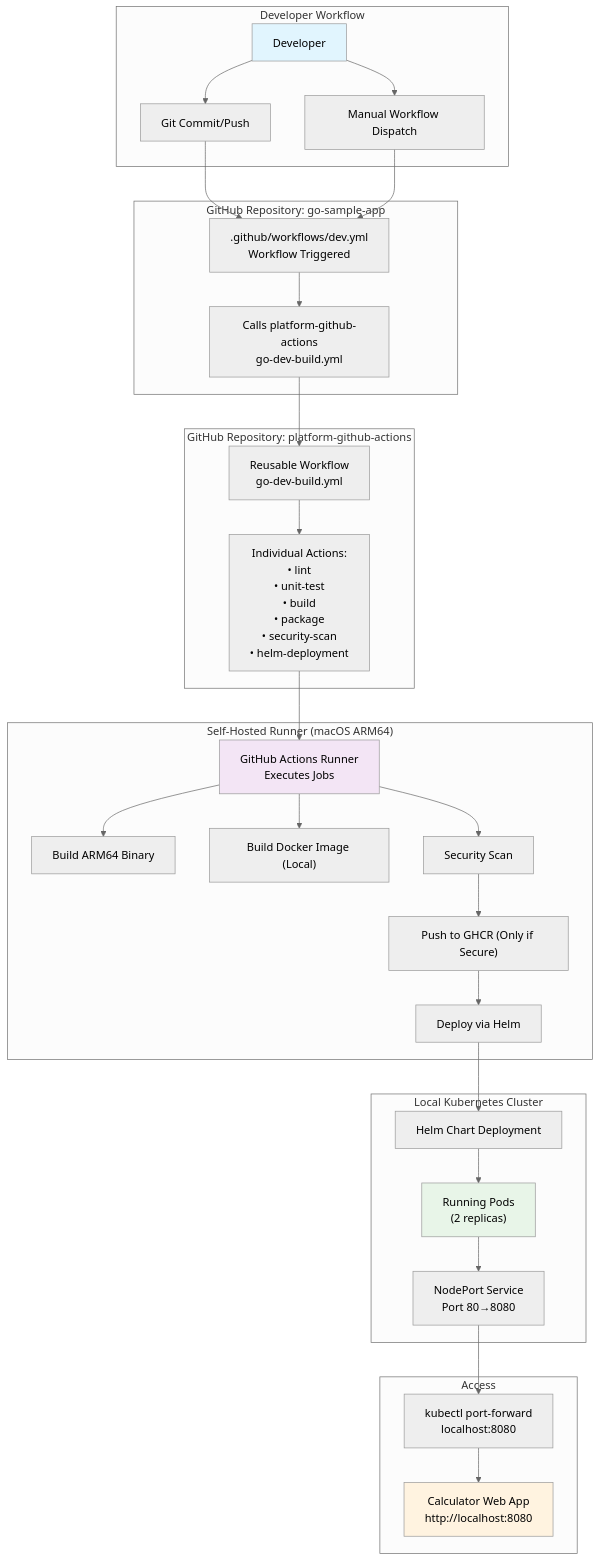
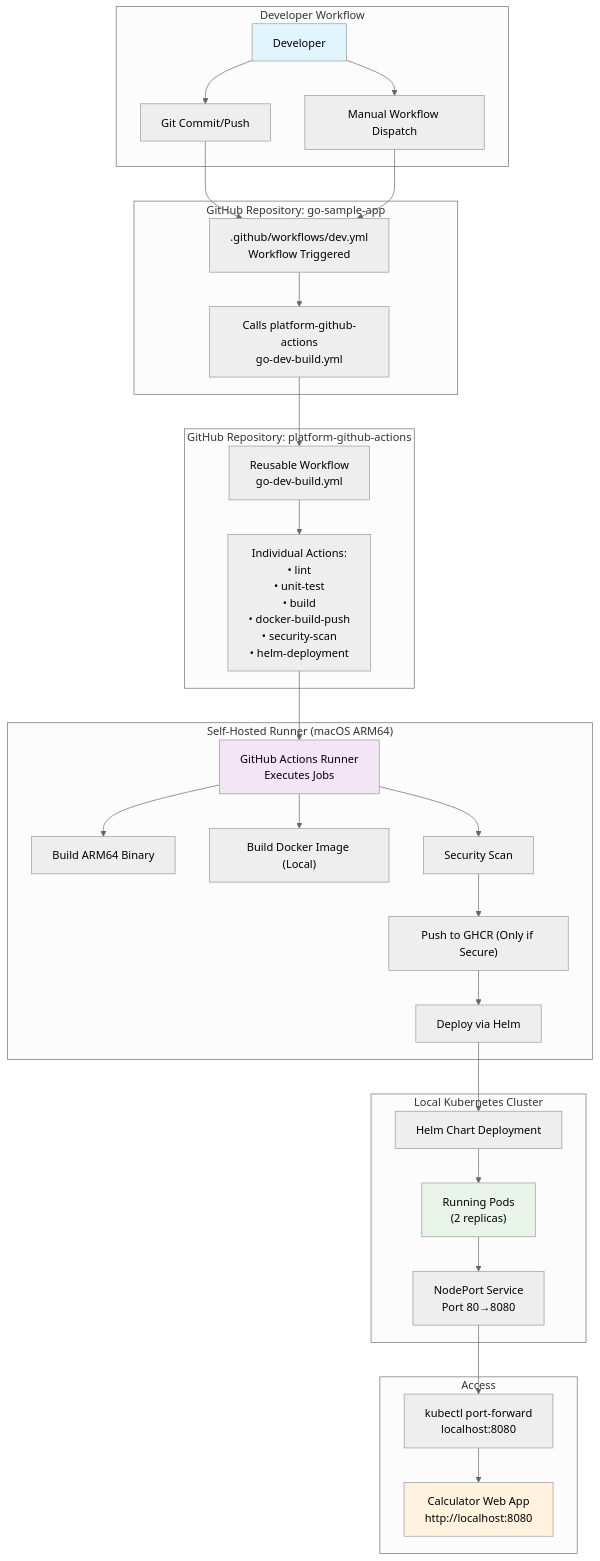
One commit to altimetrik-digital-enablement-demo-hub/platform-github-actions changed the first of 7 diagrams in FLOW.md. Above: the diagram before and after it, drawn with Mermaid (neutral theme). The commit also changed other lines of this file and 8 other files, not shown here.

````diff
--- a/FLOW.md
+++ b/FLOW.md
@@ -15,43 +15,43 @@
 ```mermaid
 graph TB
     subgraph "Developer Workflow"
         DEV[Developer] --> COMMIT[Git Commit/Push]
         DEV --> MANUAL[Manual Workflow Dispatch]
     end
     
     subgraph "GitHub Repository: go-sample-app"
         COMMIT --> TRIGGER[".github/workflows/dev.yml<br/>Workflow Triggered"]
         MANUAL --> TRIGGER
         TRIGGER --> CALL["Calls platform-github-actions<br/>go-dev-build.yml"]
     end
     
     subgraph "GitHub Repository: platform-github-actions"
         CALL --> REUSABLE["Reusable Workflow<br/>go-dev-build.yml"]
-        REUSABLE --> ACTIONS["Individual Actions:<br/>• lint<br/>• unit-test<br/>• build<br/>• package<br/>• security-scan<br/>• helm-deployment"]
+        REUSABLE --> ACTIONS["Individual Actions:<br/>• lint<br/>• unit-test<br/>• build<br/>• docker-build-push<br/>• security-scan<br/>• helm-deployment"]
     end
     
     subgraph "Self-Hosted Runner (macOS ARM64)"
         ACTIONS --> RUNNER["GitHub Actions Runner<br/>Executes Jobs"]
         RUNNER --> BUILD["Build ARM64 Binary"]
         RUNNER --> DOCKER["Build Docker Image (Local)"]
         RUNNER --> SECURITY["Security Scan"]
         SECURITY --> PUSH["Push to GHCR (Only if Secure)"]
         PUSH --> DEPLOY["Deploy via Helm"]
     end
     
     subgraph "Local Kubernetes Cluster"
         DEPLOY --> HELM["Helm Chart Deployment"]
         HELM --> PODS["Running Pods<br/>(2 replicas)"]
         PODS --> SERVICE["NodePort Service<br/>Port 80→8080"]
     end
     
     subgraph "Access"
         SERVICE --> PORTFWD["kubectl port-forward<br/>localhost:8080"]
         PORTFWD --> WEBAPP["Calculator Web App<br/>http://localhost:8080"]
     end
 
     style DEV fill:#e1f5fe
     style RUNNER fill:#f3e5f5
     style PODS fill:#e8f5e8
     style WEBAPP fill:#fff3e0
 ```
````
